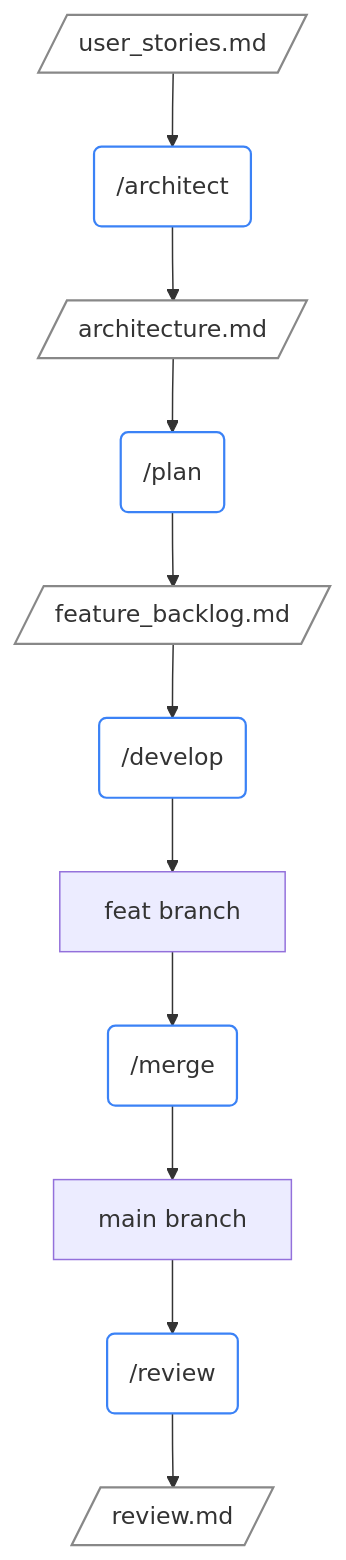
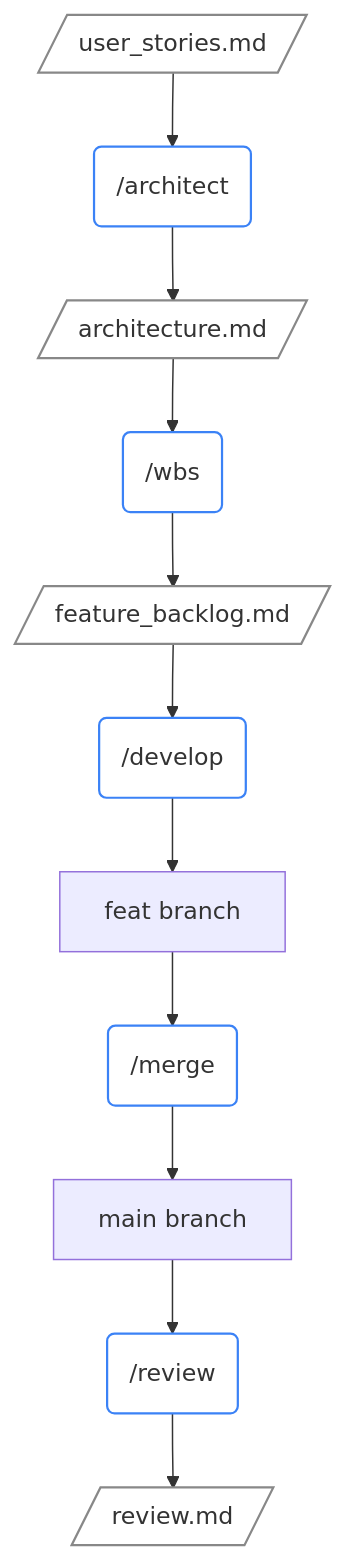
The second of 2 diagrams in README.md (sjev/robodev), drawn with Mermaid before and after one commit. The commit also changed other lines of this file, not shown here.

Commit message:
rename command from /plan to /wbs in README

````diff
--- a/README.md
+++ b/README.md
@@ -53,14 +53,14 @@
 ```mermaid
 flowchart TD
     US[/user_stories.md/] --> ARCH("/architect") --> ARCH_DOC[/architecture.md/]
-    ARCH_DOC --> PLAN("/plan") --> BACKLOG[/feature_backlog.md/]
+    ARCH_DOC --> PLAN("/wbs") --> BACKLOG[/feature_backlog.md/]
     BACKLOG --> DEV("/develop") --> FEAT[feat branch]
     FEAT --> MRG("/merge") --> MAIN[main branch]
     MAIN --> REV("/review") --> REV_DOC[/review.md/]
 
     classDef doc fill:transparent,stroke:#888,stroke-width:1.5px;
     classDef cmd fill:transparent,stroke:#3b82f6,stroke-width:1.5px;
 
     class US,ARCH_DOC,BACKLOG,REV_DOC doc;
     class ARCH,PLAN,DEV,MRG,REV cmd;
 ```
````
